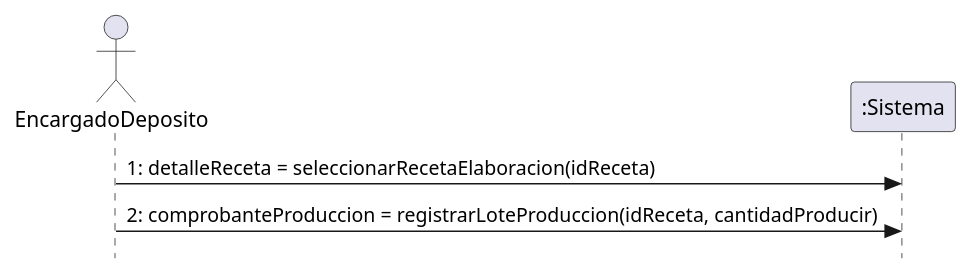
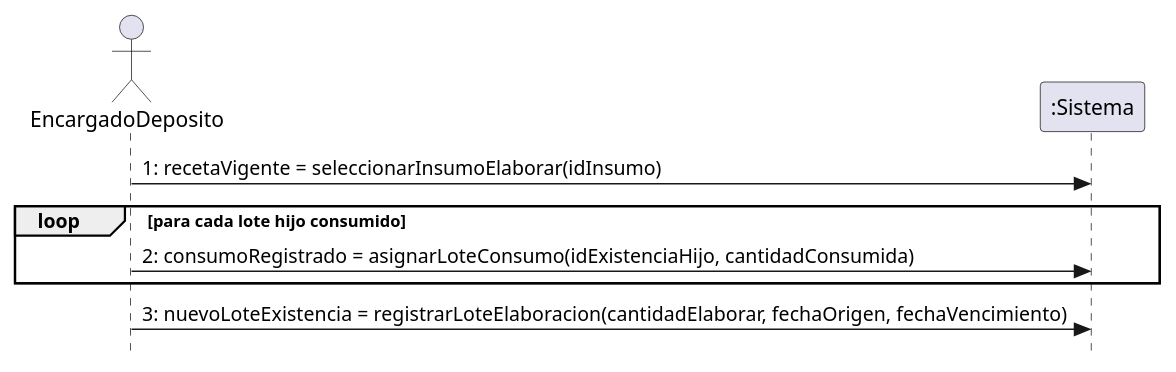
Before and after one commit to DiegoParadiso/owens: the eighth of 18 diagrams in docs/3_Especificacion_y_Diseno/3.2_diagramas_secuencia_sistema.md, drawn with PlantUML. The commit also changed other lines of this file and 72 other files, not shown here.

Commit message:
docs: actualizar modelo unificado de insumos, UML, casos de uso, OCL y estado de avance

````diff
--- a/docs/3_Especificacion_y_Diseno/3.2_diagramas_secuencia_sistema.md
+++ b/docs/3_Especificacion_y_Diseno/3.2_diagramas_secuencia_sistema.md
@@ -179,13 +181,17 @@
 ```plantuml
 @startuml
 skinparam style strictuml
 hide footbox
 
 actor EncargadoDeposito as E
 participant ":Sistema" as S
 
-E -> S : 1: detalleReceta = seleccionarRecetaElaboracion(idReceta)
+E -> S : 1: recetaVigente = seleccionarInsumoElaborar(idInsumo)
 
-E -> S : 2: comprobanteProduccion = registrarLoteProduccion(idReceta, cantidadProducir)
+loop para cada lote hijo consumido
+    E -> S : 2: consumoRegistrado = asignarLoteConsumo(idExistenciaHijo, cantidadConsumida)
+end
+
+E -> S : 3: nuevoLoteExistencia = registrarLoteElaboracion(cantidadElaborar, fechaOrigen, fechaVencimiento)
 @enduml
 ```
````
